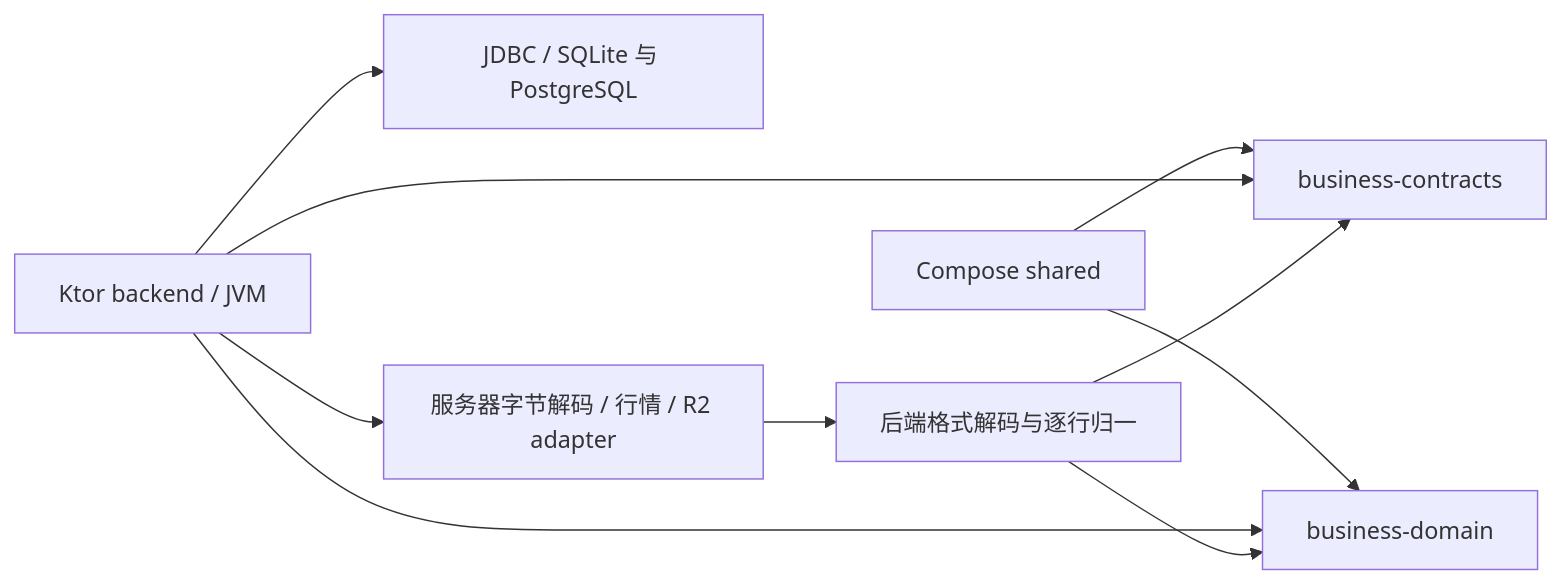
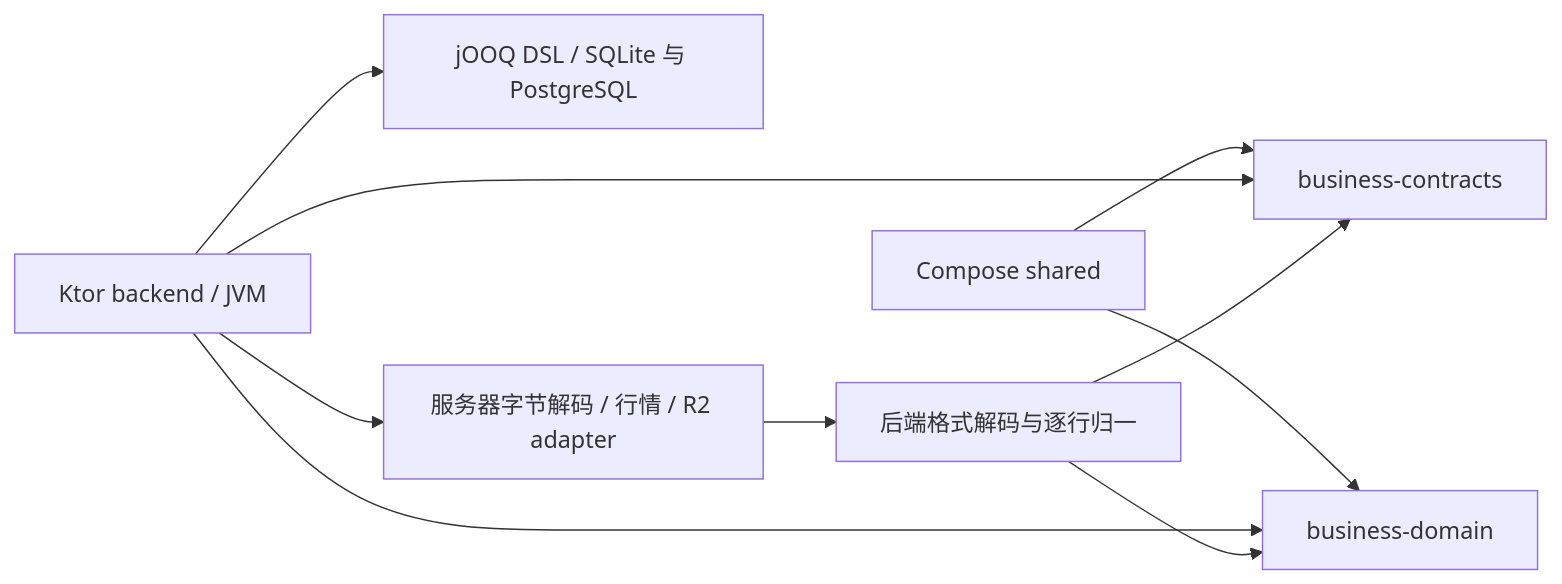
One commit to ssttkkl/finance-tracker changed the diagram in openspec/changes/kotlin-backend-shared-core/design.md. Above: the diagram before and after it, drawn with Mermaid. The commit also changed other lines of this file and 35 other files, not shown here.

````diff
--- a/openspec/changes/kotlin-backend-shared-core/design.md
+++ b/openspec/changes/kotlin-backend-shared-core/design.md
@@ -25,12 +25,12 @@
 ```mermaid
 flowchart LR
   UI[Compose shared] --> C[business-contracts]
   UI --> D[business-domain]
   BE[Ktor backend / JVM] --> C
   BE --> D
-  BE --> SQL[JDBC / SQLite 与 PostgreSQL]
+  BE --> SQL[jOOQ DSL / SQLite 与 PostgreSQL]
   BE --> AD[服务器字节解码 / 行情 / R2 adapter]
   AD --> N[后端格式解码与逐行归一]
   N --> D
   N --> C
 ```
````
